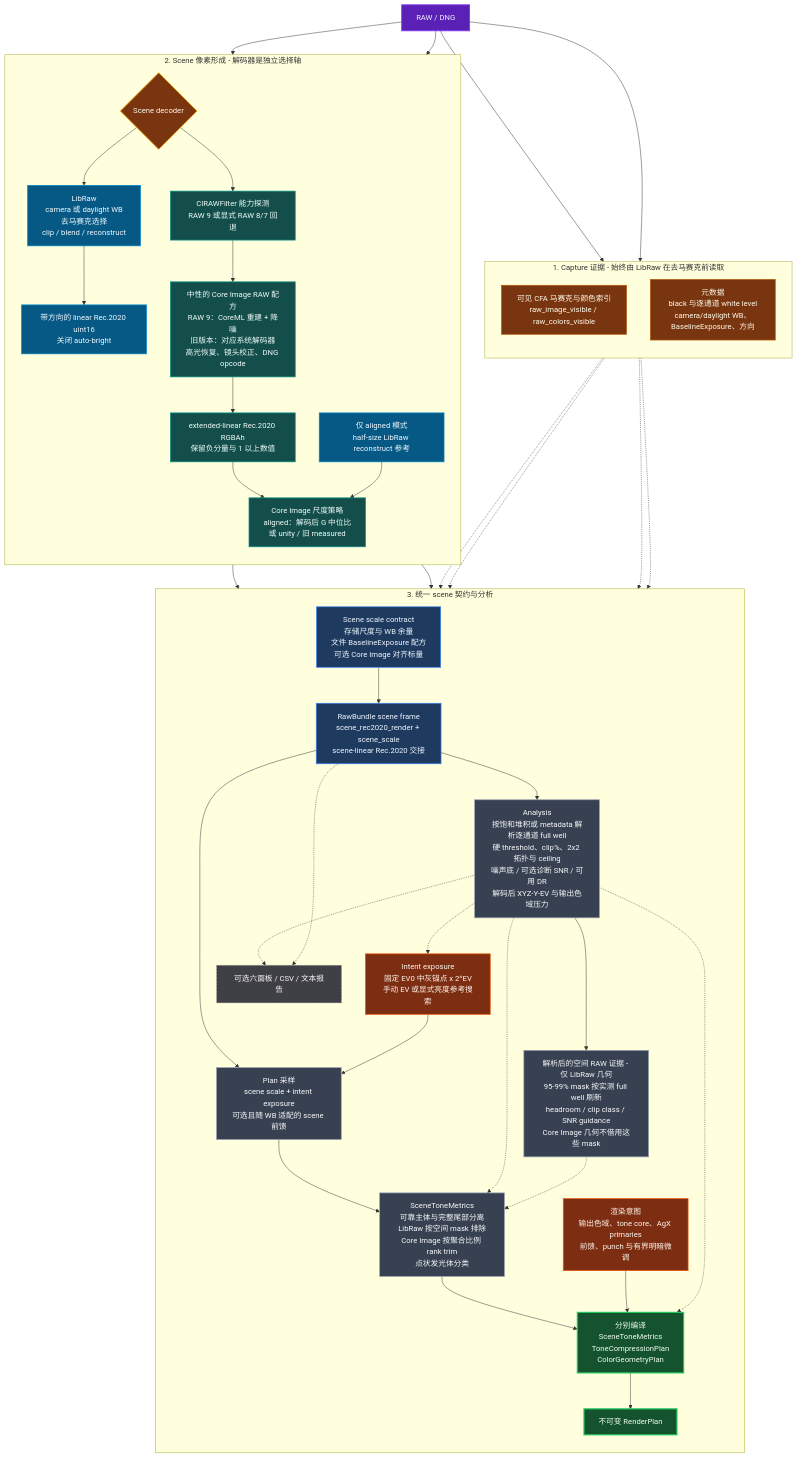
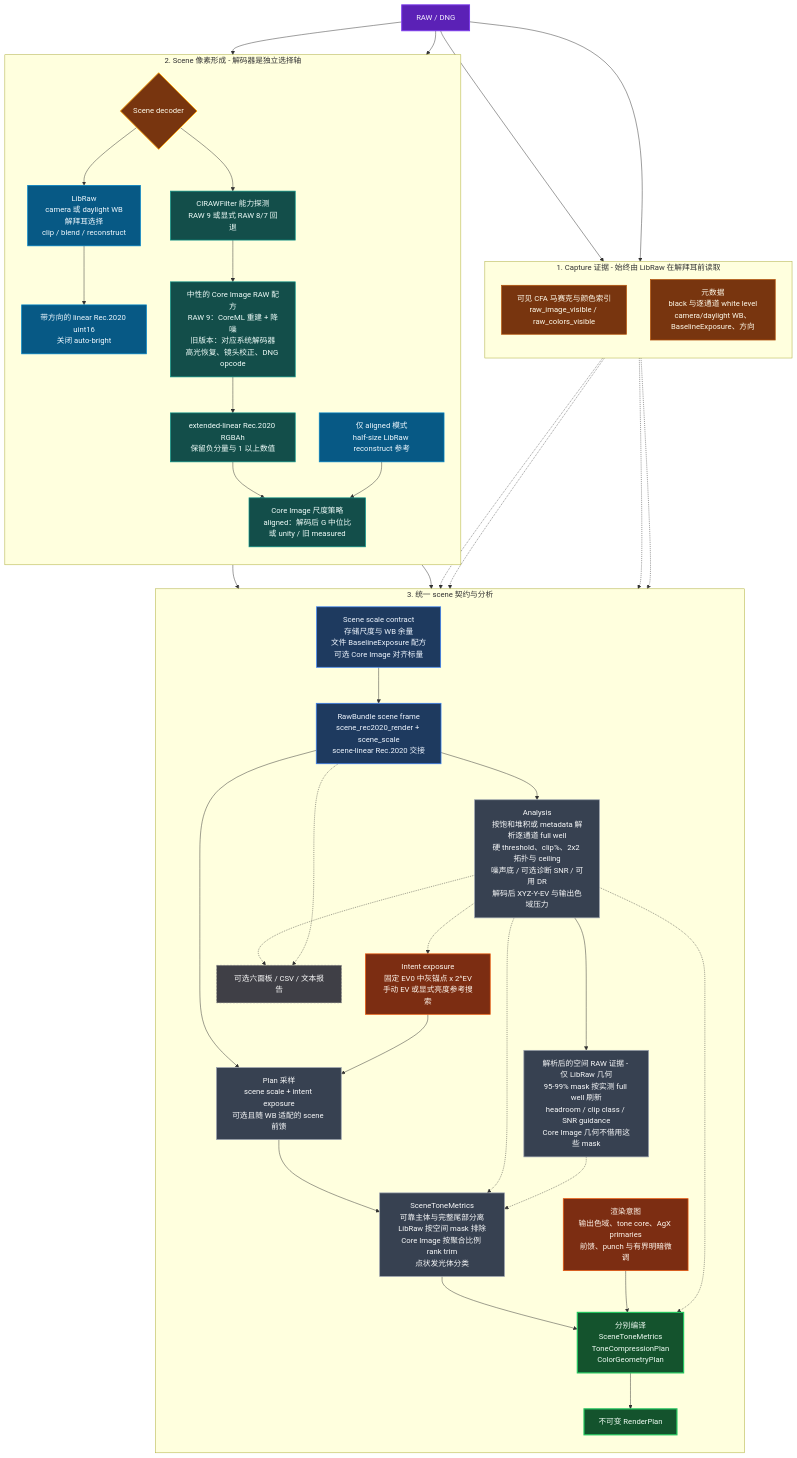
The first of 2 diagrams in README.zh-CN.md (deadwood1998/dngscan), drawn with Mermaid before and after one commit. The commit also changed other lines of this file and 1 other file, not shown here.

```diff
--- a/README.zh-CN.md
+++ b/README.zh-CN.md
@@ -49,7 +138,7 @@
 flowchart TB
     RAW["RAW / DNG"]
 
-    subgraph EVIDENCE["1. Capture 证据 - 始终由 LibRaw 在去马赛克前读取"]
+    subgraph EVIDENCE["1. Capture 证据 - 始终由 LibRaw 在解拜耳前读取"]
         direction TB
         CFA["可见 CFA 马赛克与颜色索引<br/>raw_image_visible / raw_colors_visible"]
         META["元数据<br/>black 与逐通道 white level<br/>camera/daylight WB、BaselineExposure、方向"]
@@ -58,7 +147,7 @@
     subgraph DECODERS["2. Scene 像素形成 - 解码器是独立选择轴"]
         direction TB
         SELECT{"Scene decoder"}
-        LR["LibRaw<br/>camera 或 daylight WB<br/>去马赛克选择<br/>clip / blend / reconstruct"]
+        LR["LibRaw<br/>camera 或 daylight WB<br/>解拜耳选择<br/>clip / blend / reconstruct"]
         LRRGB["带方向的 linear Rec.2020 uint16<br/>关闭 auto-bright"]
         CIPROBE["CIRAWFilter 能力探测<br/>RAW 9 或显式 RAW 8/7 回退"]
         CI["中性的 Core Image RAW 配方<br/>RAW 9：CoreML 重建 + 降噪<br/>旧版本：对应系统解码器<br/>高光恢复、镜头校正、DNG opcode"]
```
